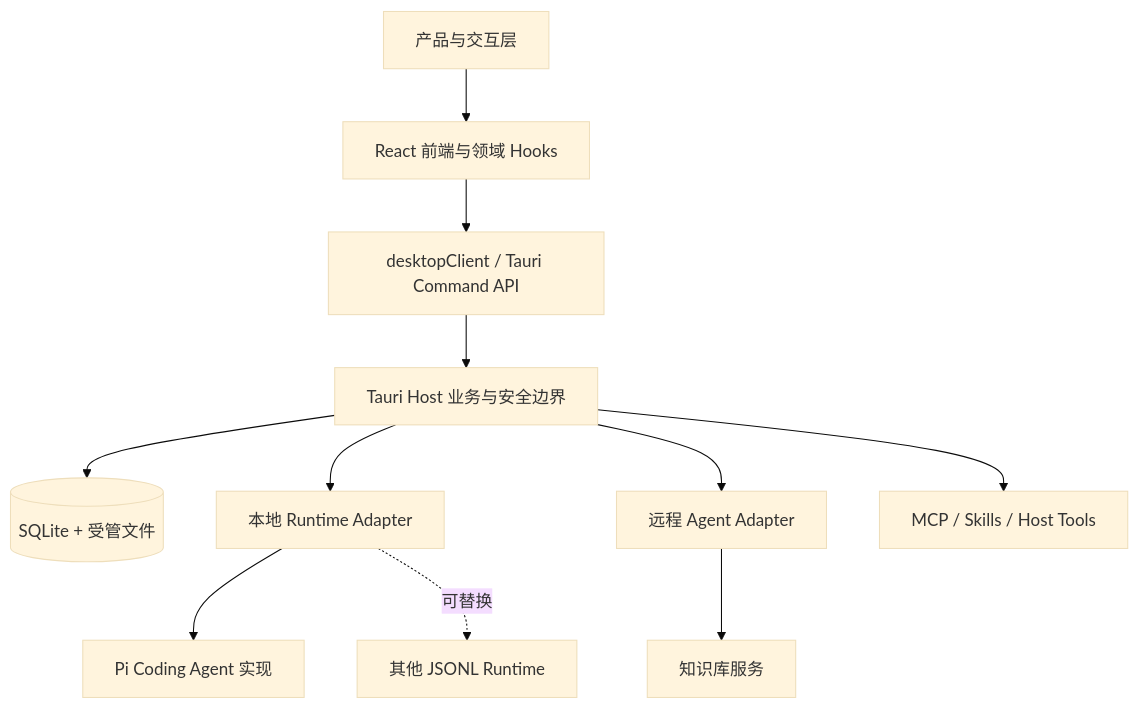
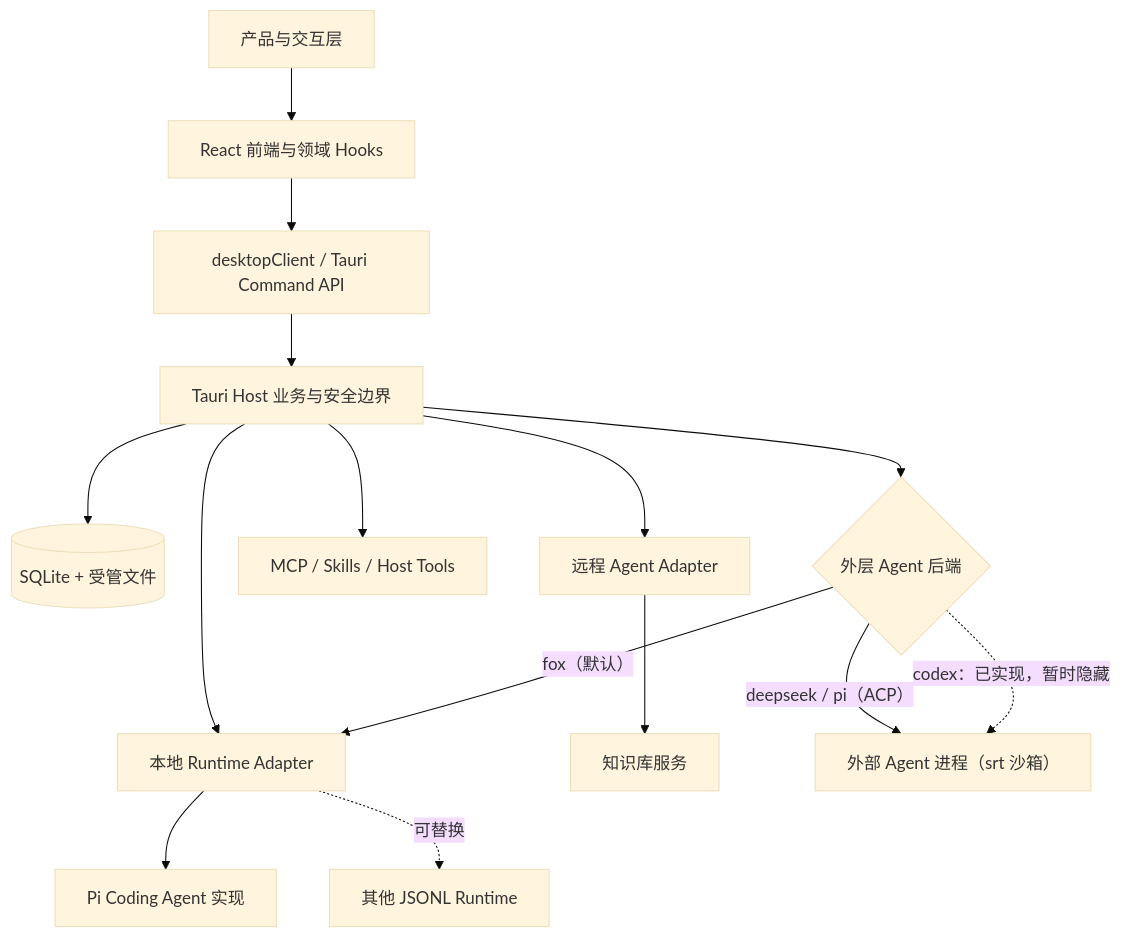
One commit to Hry1729/Fox-Agent changed the diagram in docs/02-架构/架构文档导航.md. Above: the diagram before and after it, drawn with Mermaid (base theme). The commit also changed other lines of this file, not shown here.

Commit message:
docs(arch): 按当前代码更新 架构文档导航.md（四 Agent / Codex 隐藏 / Kernel 默认） [skip ci]

````diff
--- a/docs/02-架构/架构文档导航.md
+++ b/docs/02-架构/架构文档导航.md
@@ -14,13 +14,17 @@
 ```mermaid
 flowchart TB
     PRODUCT["产品与交互层"] --> FE["React 前端与领域 Hooks"]
     FE --> API["desktopClient / Tauri Command API"]
     API --> HOST["Tauri Host 业务与安全边界"]
     HOST --> DATA[("SQLite + 受管文件")]
     HOST --> LOCAL["本地 Runtime Adapter"]
     HOST --> REMOTE["远程 Agent Adapter"]
     LOCAL --> PI["Pi Coding Agent 实现"]
     LOCAL -. "可替换" .-> OTHER["其他 JSONL Runtime"]
     REMOTE --> KB["知识库服务"]
     HOST --> MCP["MCP / Skills / Host Tools"]
+    HOST --> ROUTE{"外层 Agent 后端"}
+    ROUTE -->|"fox（默认）"| LOCAL
+    ROUTE -->|"deepseek / pi（ACP）"| EXT["外部 Agent 进程（srt 沙箱）"]
+    ROUTE -. "codex：已实现，暂时隐藏" .-> EXT
 ```
````
